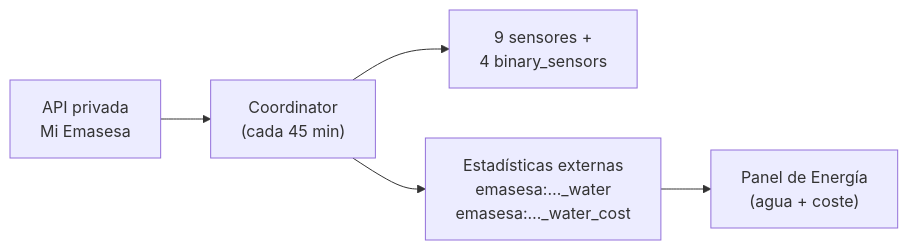
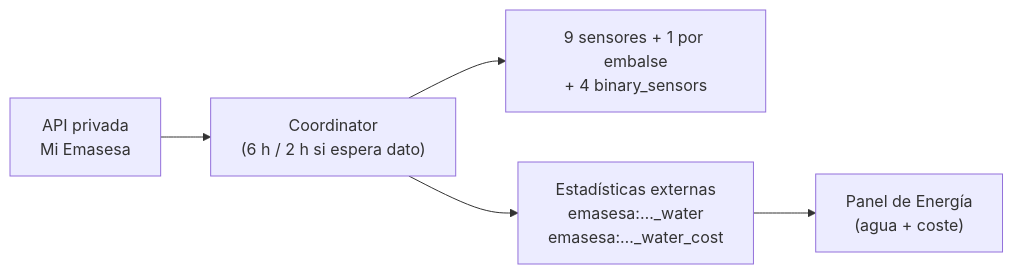
One commit to badbugssoftware/ha-emasesa changed the diagram in README.md. Above: the diagram before and after it, drawn with Mermaid. The commit also changed 5 other files, not shown here.

````diff
--- a/README.md
+++ b/README.md
@@ -80,7 +80,7 @@
 ```mermaid
 flowchart LR
-    A["API privada<br/>Mi Emasesa"] --> B["Coordinator<br/>(cada 45 min)"]
-    B --> C["9 sensores +<br/>4 binary_sensors"]
+    A["API privada<br/>Mi Emasesa"] --> B["Coordinator<br/>(6 h / 2 h si espera dato)"]
+    B --> C["9 sensores + 1 por embalse<br/>+ 4 binary_sensors"]
     B --> D["Estadísticas externas<br/>emasesa:…_water<br/>emasesa:…_water_cost"]
     D --> E["Panel de Energía<br/>(agua + coste)"]
 ```
````
